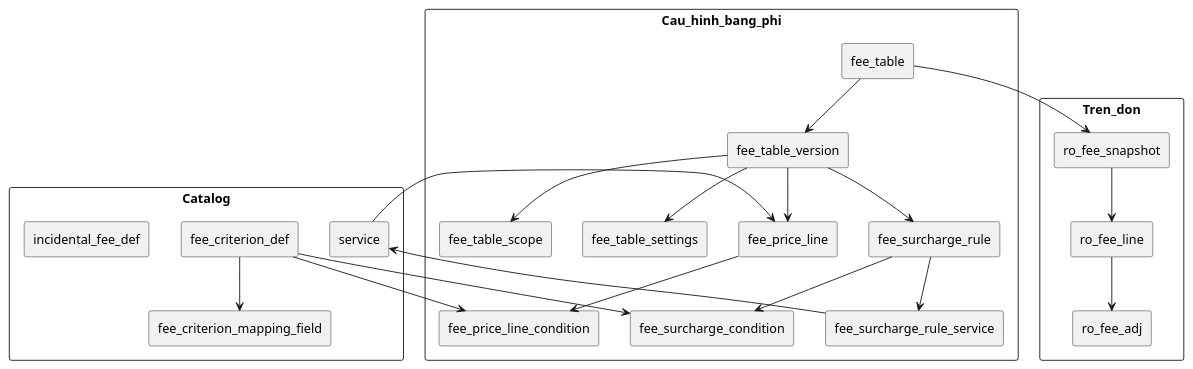
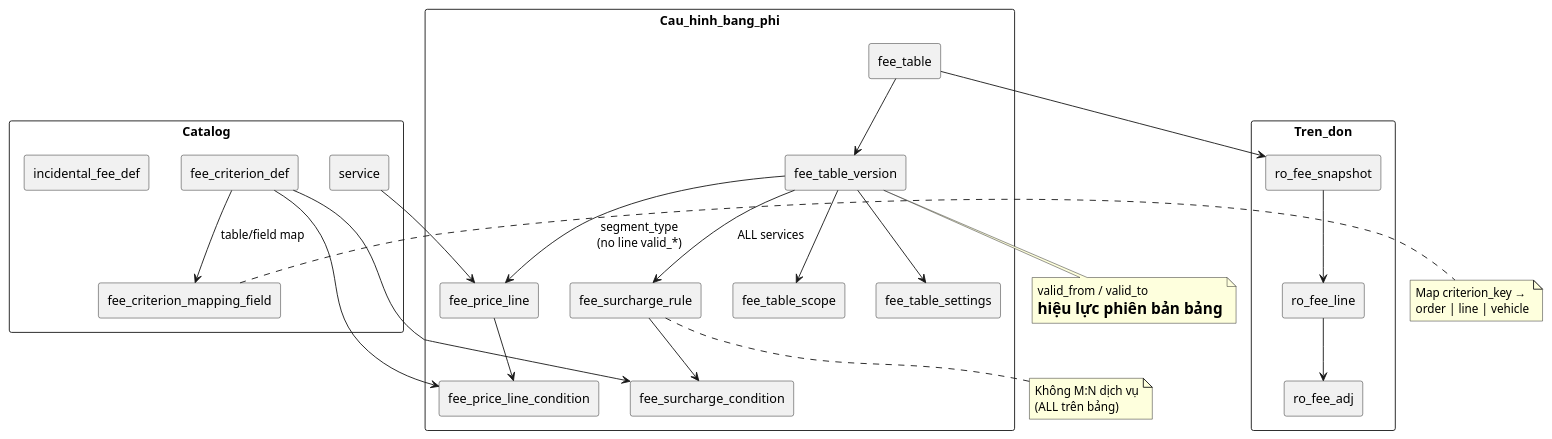
The diagram in docs/diagrams/fee-schema-groups.puml (ducld-vetc/rsa-design), drawn with PlantUML before and after one commit. The commit also changed 11 other files, not shown here.

```diff
--- a/docs/diagrams/fee-schema-groups.puml
+++ b/docs/diagrams/fee-schema-groups.puml
@@ -1,45 +1,60 @@
 @startuml
+' Nhóm bảng phí cứu hộ — cập nhật 2026-09-23
+' Không fee_surcharge_rule_service; hiệu lực ở fee_table_version
 skinparam packageStyle rectangle
 
 package "Catalog" {
   rectangle fee_criterion_def as CritDef
   rectangle fee_criterion_mapping_field as CritMap
   rectangle service as Svc
   rectangle incidental_fee_def as Incidental
 }
 
 package "Cau_hinh_bang_phi" {
   rectangle fee_table as FT
   rectangle fee_table_version as FTV
   rectangle fee_table_scope as Scope
   rectangle fee_table_settings as Settings
   rectangle fee_price_line as PL
   rectangle fee_price_line_condition as PLC
   rectangle fee_surcharge_rule as SR
-  rectangle fee_surcharge_rule_service as SRS
   rectangle fee_surcharge_condition as SRC
 }
 
 package "Tren_don" {
   rectangle ro_fee_snapshot as Snap
   rectangle ro_fee_line as Line
   rectangle ro_fee_adj as Adj
 }
 
-CritDef --> CritMap
+CritDef --> CritMap : table/field map
 CritDef --> PLC
 CritDef --> SRC
 FT --> FTV
 FTV --> Scope
 FTV --> Settings
-FTV --> PL
-FTV --> SR
+FTV --> PL : segment_type\n(no line valid_*)
+FTV --> SR : ALL services
 PL --> PLC
 SR --> SRC
-SR --> SRS
-SRS --> Svc
 FT --> Snap
 Snap --> Line
 Line --> Adj
 Svc --> PL
+
+note right of CritMap
+  Map criterion_key →
+  order | line | vehicle
+end note
+
+note bottom of FTV
+  valid_from / valid_to
+  = hiệu lực phiên bản bảng
+end note
+
+note bottom of SR
+  Không M:N dịch vụ
+  (ALL trên bảng)
+end note
+
 @enduml
```
